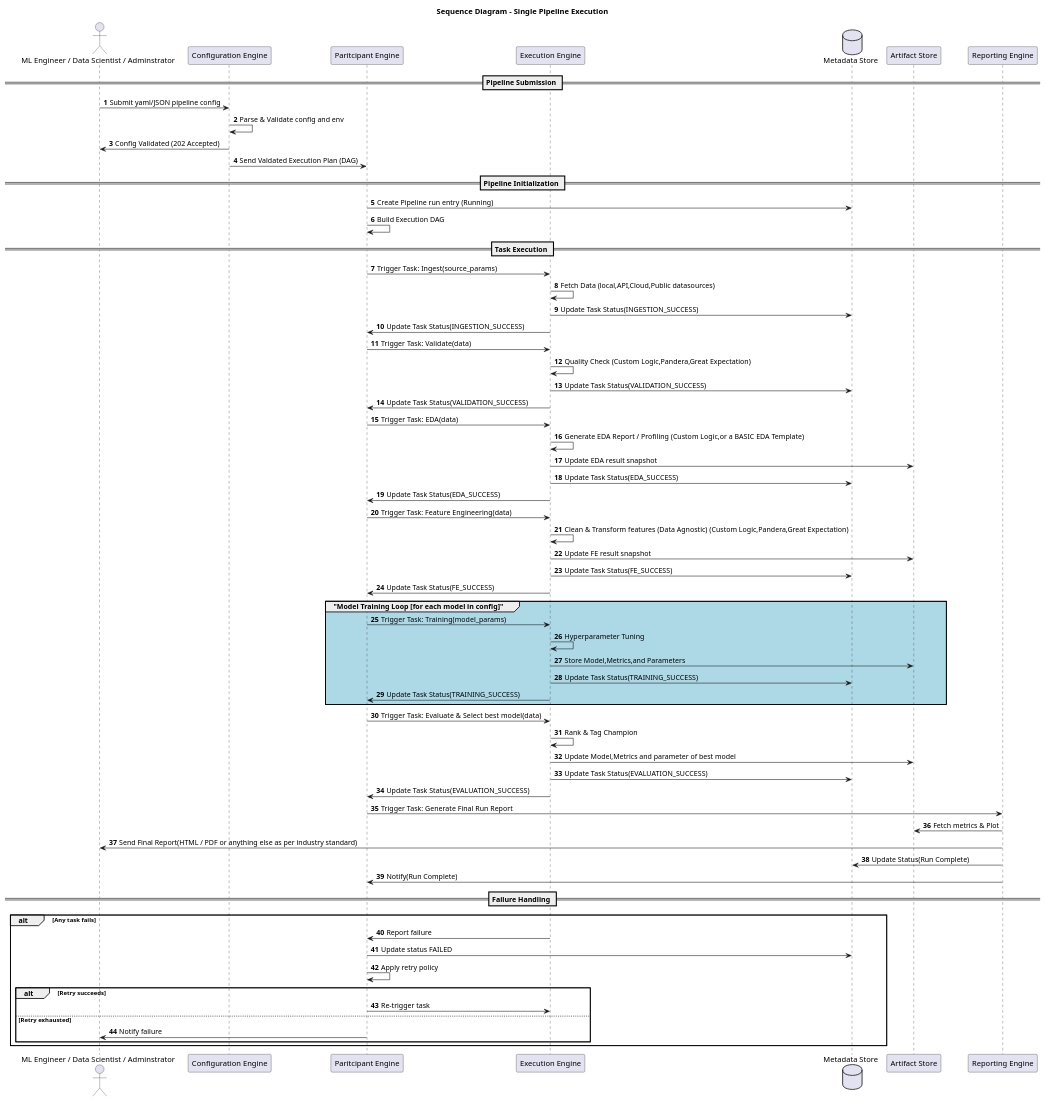
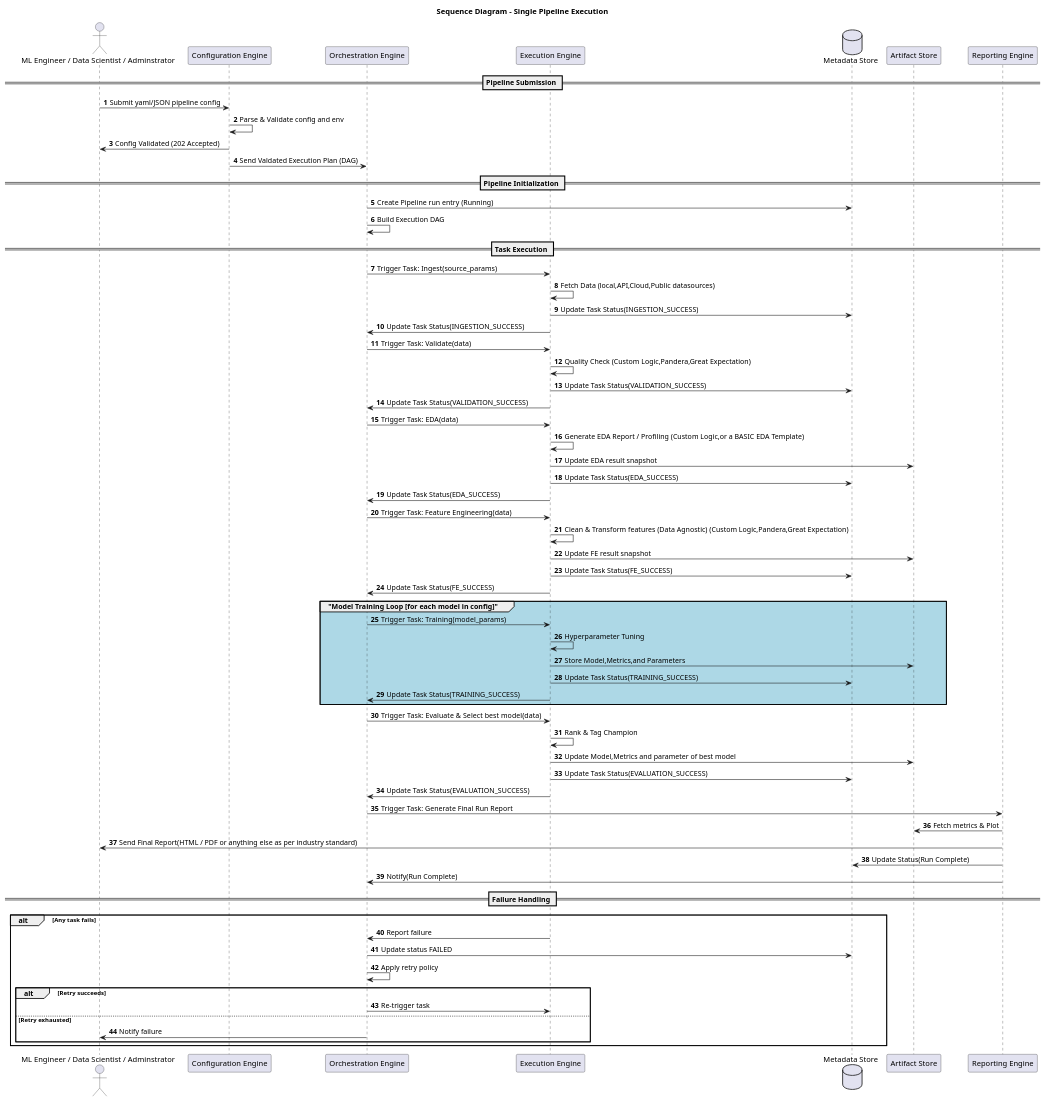
One commit to mrajpurohit1912/mlops-pipeline-engine changed the diagram in diagrams/UML sequence diagram - one pipeline run.puml. Above: the diagram before and after it, drawn with PlantUML. The commit also changed 32 other files, not shown here.

```diff
--- a/diagrams/UML sequence diagram - one pipeline run.puml
+++ b/diagrams/UML sequence diagram - one pipeline run.puml
@@ -1,82 +1,82 @@
 @startuml
 title Sequence Diagram - Single Pipeline Execution
 
 actor "ML Engineer / Data Scientist / Adminstrator" as user
 participant "Configuration Engine" as config 
-participant "Paritcipant Engine" as orchestrator
+participant "Orchestration Engine" as orchestrator
 participant "Execution Engine" as exec
 database "Metadata Store" as meta
 participant "Artifact Store" as artifacts
 participant "Reporting Engine" as reporting
 
 == Pipeline Submission ==
 autonumber
 user -> config : Submit yaml/JSON pipeline config
 config -> config : Parse & Validate config and env
 config -> user : Config Validated (202 Accepted)
 config -> orchestrator : Send Valdated Execution Plan (DAG)
 
 == Pipeline Initialization ==
 autonumber 5
 orchestrator -> meta : Create Pipeline run entry (Running)
 orchestrator -> orchestrator : Build Execution DAG
 
 == Task Execution ==
 autonumber 7
 orchestrator -> exec : Trigger Task: Ingest(source_params)
 exec -> exec : Fetch Data (local,API,Cloud,Public datasources)
 exec -> meta : Update Task Status(INGESTION_SUCCESS)
 exec -> orchestrator : Update Task Status(INGESTION_SUCCESS)
 
 orchestrator -> exec : Trigger Task: Validate(data)
 exec -> exec :  Quality Check (Custom Logic,Pandera,Great Expectation)
 exec -> meta : Update Task Status(VALIDATION_SUCCESS)
 exec -> orchestrator : Update Task Status(VALIDATION_SUCCESS)
 
 orchestrator -> exec : Trigger Task: EDA(data)
 exec -> exec :  Generate EDA Report / Profiling (Custom Logic,or a BASIC EDA Template)
 exec -> artifacts : Update EDA result snapshot
 exec -> meta : Update Task Status(EDA_SUCCESS)
 exec -> orchestrator : Update Task Status(EDA_SUCCESS)
 
 
 orchestrator -> exec : Trigger Task: Feature Engineering(data)
 exec -> exec :  Clean & Transform features (Data Agnostic) (Custom Logic,Pandera,Great Expectation)
 exec -> artifacts : Update FE result snapshot
 exec -> meta : Update Task Status(FE_SUCCESS)
 exec -> orchestrator : Update Task Status(FE_SUCCESS)
 
 
 group #LightBlue "Model Training Loop [for each model in config]"
 orchestrator -> exec : Trigger Task: Training(model_params)
 exec -> exec :  Hyperparameter Tuning
 exec -> artifacts : Store Model,Metrics,and Parameters
 exec -> meta : Update Task Status(TRAINING_SUCCESS)
 exec -> orchestrator : Update Task Status(TRAINING_SUCCESS)
 end
 
 orchestrator -> exec : Trigger Task:  Evaluate & Select best model(data)
 exec -> exec : Rank & Tag Champion
 exec -> artifacts : Update Model,Metrics and parameter of best model
 exec -> meta : Update Task Status(EVALUATION_SUCCESS)
 exec -> orchestrator : Update Task Status(EVALUATION_SUCCESS)
 
 orchestrator -> reporting : Trigger Task: Generate Final Run Report
 reporting -> artifacts : Fetch metrics & Plot
 reporting -> user : Send Final Report(HTML / PDF or anything else as per industry standard)
 reporting -> meta : Update Status(Run Complete)
 reporting -> orchestrator : Notify(Run Complete)
 
 
 == Failure Handling ==
 alt Any task fails 
     exec -> orchestrator : Report failure
     orchestrator -> meta : Update status FAILED
     orchestrator -> orchestrator : Apply retry policy
     alt Retry succeeds
         orchestrator -> exec : Re-trigger task
     else Retry exhausted
         orchestrator -> user : Notify failure
     end
 end
 @enduml
```
